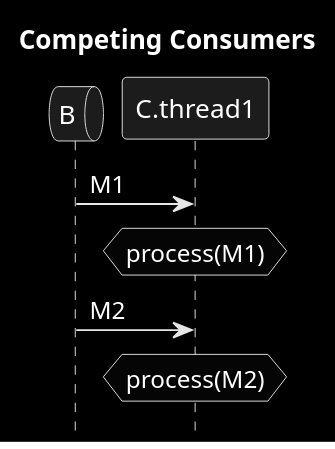
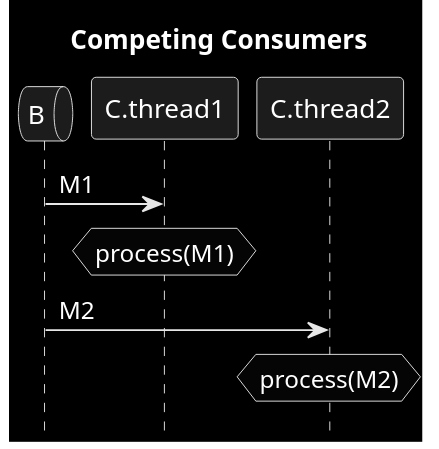
Before and after one commit to victorrentea/kafka: the diagram in patterns/2__competing_consumers.puml, drawn with PlantUML. The commit also changed 3 other files, not shown here.

```diff
--- a/patterns/2__competing_consumers.puml
+++ b/patterns/2__competing_consumers.puml
@@ -1,11 +1,11 @@
 @startuml
 title Competing Consumers
 hide footbox
 skinparam monochrome reverse
 queue B
 
 B->C.thread1: M1
 hnote over C.thread1: process(M1)
-B->C.thread1: M2
-hnote over C.thread1: process(M2)
+B->C.thread2: M2
+hnote over C.thread2: process(M2)
 @enduml
```
